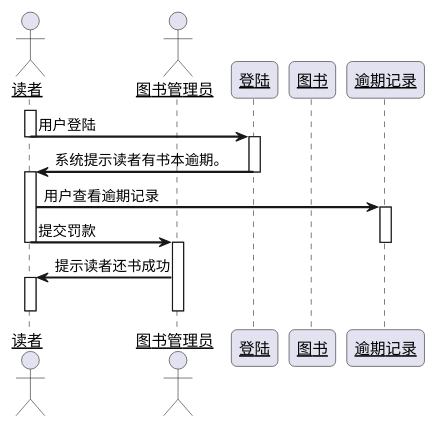
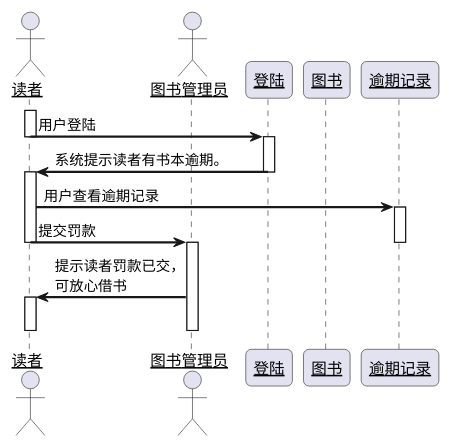
The diagram in test4/src/Amerce.puml (chengrui123456/is_analysis), drawn with PlantUML before and after one commit. The commit also changed 4 other files, not shown here.

```diff
--- a/test4/src/Amerce.puml
+++ b/test4/src/Amerce.puml
@@ -1,33 +1,33 @@
 @startuml
 skinparam sequenceArrowThickness 2
 skinparam roundcorner 10
 skinparam maxmessagesize 60
 skinparam sequenceParticipant underline
 actor 读者
 actor 图书管理员
 participant "登陆" as a
 participant "图书" as b
 participant "逾期记录" as c
 
 activate 读者
 读者 -> a: 用户登陆
 deactivate 读者
 activate a
 a -> 读者: 系统提示读者有书本逾期。
 deactivate a
 activate 读者
 读者 -> c: 用户查看逾期记录
 activate c
 
 读者-> 图书管理员:提交罚款
 deactivate 读者
 deactivate c
 activate 图书管理员
 deactivate b
-图书管理员 -> 读者:提示读者还书成功
+图书管理员 -> 读者:提示读者罚款已交，可放心借书
 activate 读者
 deactivate 图书管理员
 deactivate 读者
 
 
 @enduml
```
